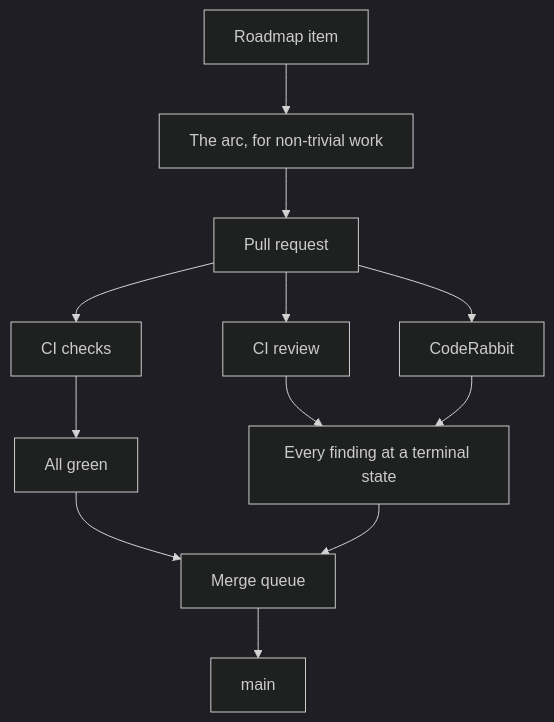
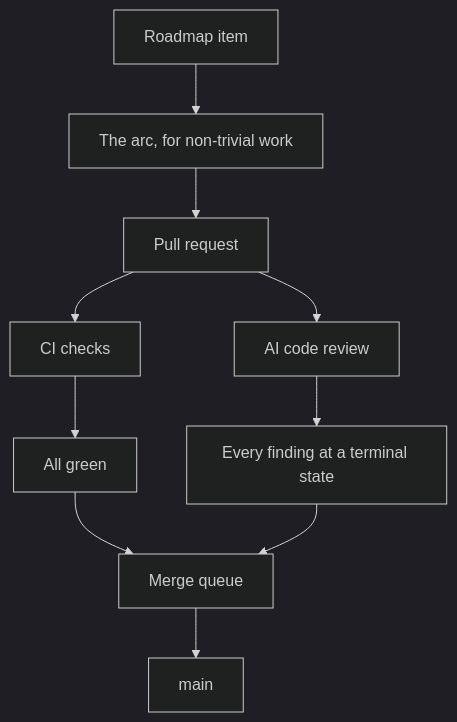
Before and after one commit to pixtuoid/pixtuoid: the diagram in docs/HOW-WE-BUILD.md, drawn with Mermaid (dark theme). The commit also changed other lines of this file, not shown here.

First line of the commit message:
docs: How we build names the AI code review, and no longer CodeRabbit

````diff
--- a/docs/HOW-WE-BUILD.md
+++ b/docs/HOW-WE-BUILD.md
@@ -39,11 +37,10 @@
 ```mermaid
 flowchart TB
   accTitle: A change's path to main
   accDescr: A Roadmap item goes, through the arc when the work is non-trivial, to a pull request; its checks must pass and every review finding must reach a terminal state before the merge queue lands it on main.
   P[Roadmap item] --> A[The arc, for non-trivial work] --> PR[Pull request]
   PR --> C[CI checks] --> G[All green]
-  PR --> R[CI review] --> T[Every finding at a terminal state]
-  PR --> CR[CodeRabbit] --> T
+  PR --> R[AI code review] --> T[Every finding at a terminal state]
   G --> Q[Merge queue]
   T --> Q --> M[main]
 ```
````
